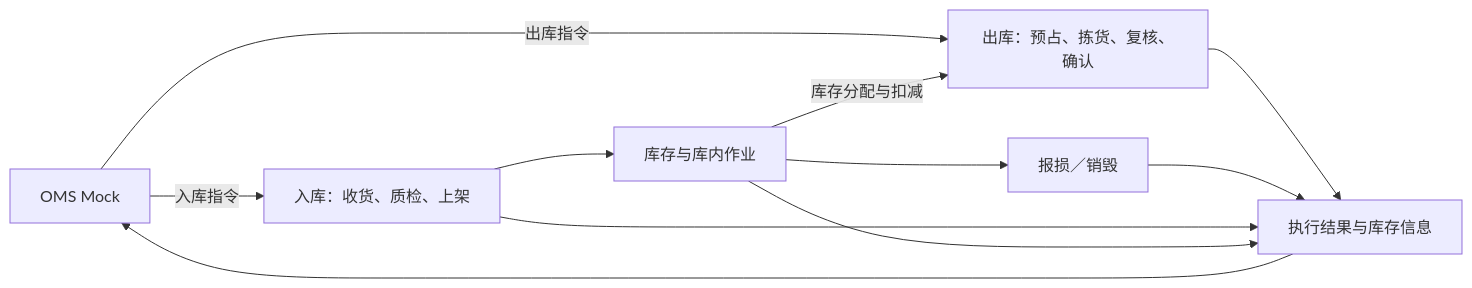
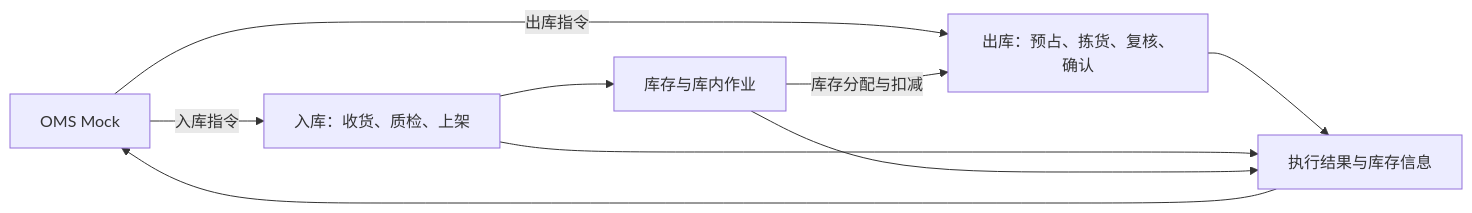
Before and after one commit to TopVitamin/QS-WMS-Project: the diagram in 03-需求调研和分析/00-项目总览/02-需求分析总览.md, drawn with Mermaid. The commit also changed other lines of this file and 63 other files, not shown here.

````diff
--- a/03-需求调研和分析/00-项目总览/02-需求分析总览.md
+++ b/03-需求调研和分析/00-项目总览/02-需求分析总览.md
@@ -15,13 +30,11 @@
 ```mermaid
 flowchart LR
     OMS[OMS Mock] -->|入库指令| IN[入库：收货、质检、上架]
     OMS -->|出库指令| OUT[出库：预占、拣货、复核、确认]
     IN --> INV[库存与库内作业]
     INV -->|库存分配与扣减| OUT
-    INV --> DISPOSE[报损／销毁]
     OUT --> RESULT[执行结果与库存信息]
-    DISPOSE --> RESULT
     IN --> RESULT
     INV --> RESULT
     RESULT --> OMS
 ```
````
